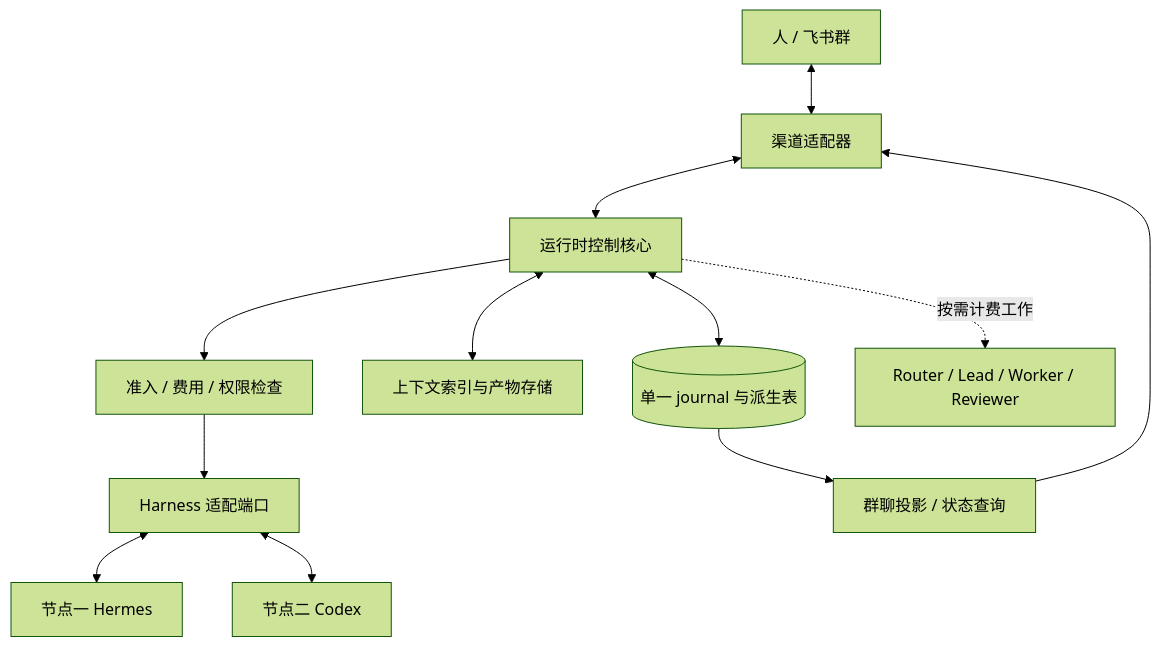
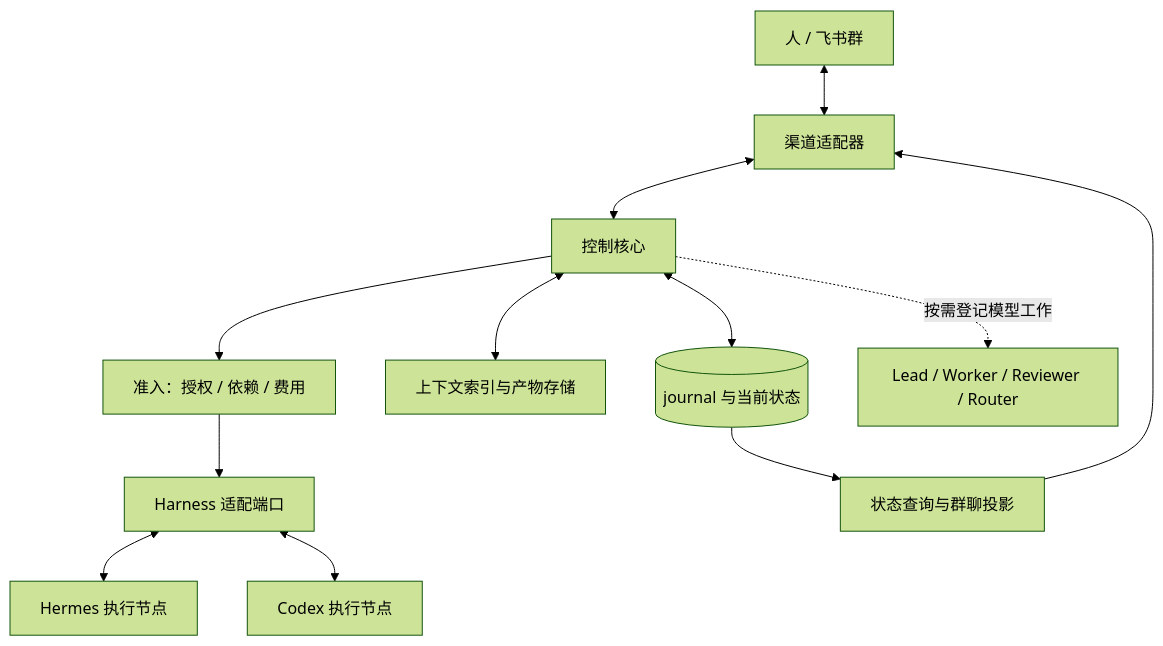
The diagram in docs/research/007-architecture.md (seasonmac/hermes-agent), drawn with Mermaid (forest theme) before and after one commit. The commit also changed other lines of this file and 8 other files, not shown here.

````diff
--- a/docs/research/007-architecture.md
+++ b/docs/research/007-architecture.md
@@ -7,14 +7,14 @@
 ```mermaid
 flowchart TB
     U[人 / 飞书群] <--> C[渠道适配器]
-    C <--> R[运行时控制核心]
-    R <--> J[(单一 journal 与派生表)]
+    C <--> R[控制核心]
+    R <--> J[(journal 与当前状态)]
     R <--> K[上下文索引与产物存储]
-    R --> P[准入 / 费用 / 权限检查]
+    R --> P[准入：授权 / 依赖 / 费用]
     P --> H[Harness 适配端口]
-    H <--> N1[节点一 Hermes]
-    H <--> N2[节点二 Codex]
-    R -. 按需计费工作 .-> L[Router / Lead / Worker / Reviewer]
-    J --> V[群聊投影 / 状态查询]
+    H <--> N1[Hermes 执行节点]
+    H <--> N2[Codex 执行节点]
+    R -. 按需登记模型工作 .-> L[Lead / Worker / Reviewer / Router]
+    J --> V[状态查询与群聊投影]
     V --> C
 ```
````
